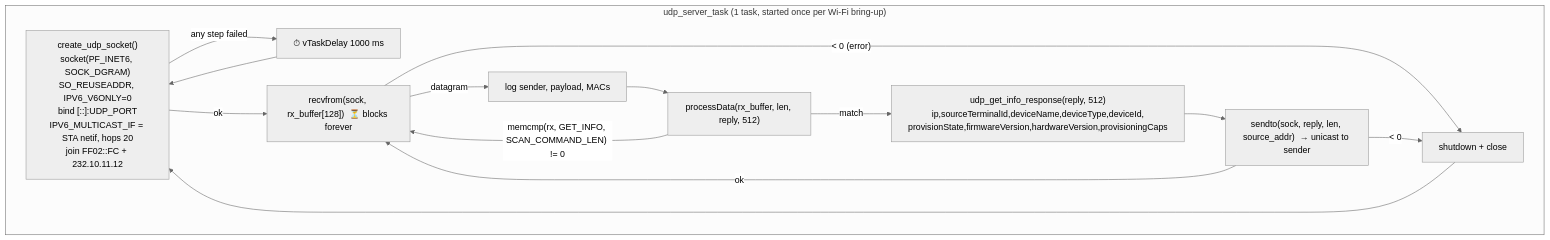
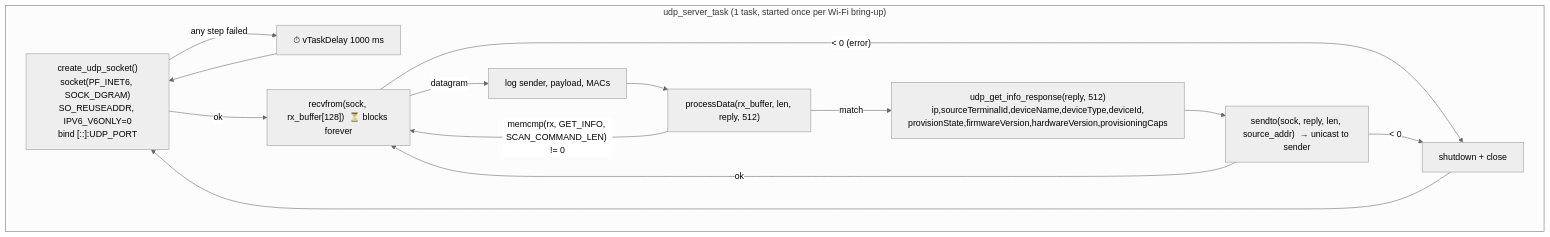
One commit to mbahmani90/cything changed the diagram in doc/udp-discovery.md. Above: the diagram before and after it, drawn with Mermaid (neutral theme). The commit also changed other lines of this file and 23 other files, not shown here.

First line of the commit message:
Discovery: drop the UDP multicast scan, keep unicast GET_INFO

````diff
--- a/doc/udp-discovery.md
+++ b/doc/udp-discovery.md
@@ -45,16 +47,16 @@
 ```mermaid
 flowchart TD
     subgraph U["udp_server_task (1 task, started once per Wi-Fi bring-up)"]
-        A["create_udp_socket()<br/>socket(PF_INET6, SOCK_DGRAM)<br/>SO_REUSEADDR, IPV6_V6ONLY=0<br/>bind [::]:UDP_PORT<br/>IPV6_MULTICAST_IF = STA netif, hops 20<br/>join FF02::FC + 232.10.11.12"]
+        A["create_udp_socket()<br/>socket(PF_INET6, SOCK_DGRAM)<br/>SO_REUSEADDR, IPV6_V6ONLY=0<br/>bind [::]:UDP_PORT"]
         A -->|"any step failed"| A1["⏱ vTaskDelay 1000 ms"] --> A
         A -->|ok| B["recvfrom(sock, rx_buffer[128])  ⏳ blocks forever"]
         B -->|"< 0 (error)"| Z["shutdown + close"] --> A
         B -->|datagram| C["log sender, payload, MACs"]
         C --> D["processData(rx_buffer, len, reply, 512)"]
         D -->|"memcmp(rx, GET_INFO, SCAN_COMMAND_LEN) != 0"| B
         D -->|match| E["udp_get_info_response(reply, 512)<br/>ip,sourceTerminalId,deviceName,deviceType,deviceId,<br/>provisionState,firmwareVersion,hardwareVersion,provisioningCaps"]
         E --> F["sendto(sock, reply, len, source_addr)  → unicast to sender"]
         F -->|"< 0"| Z
         F -->|ok| B
     end
 ```
````
